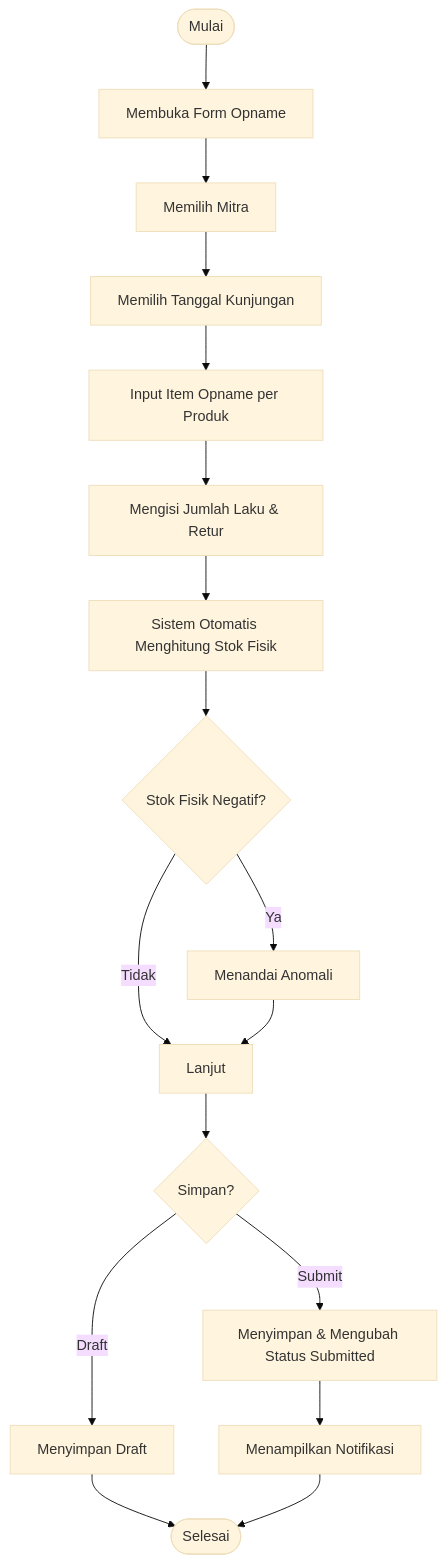
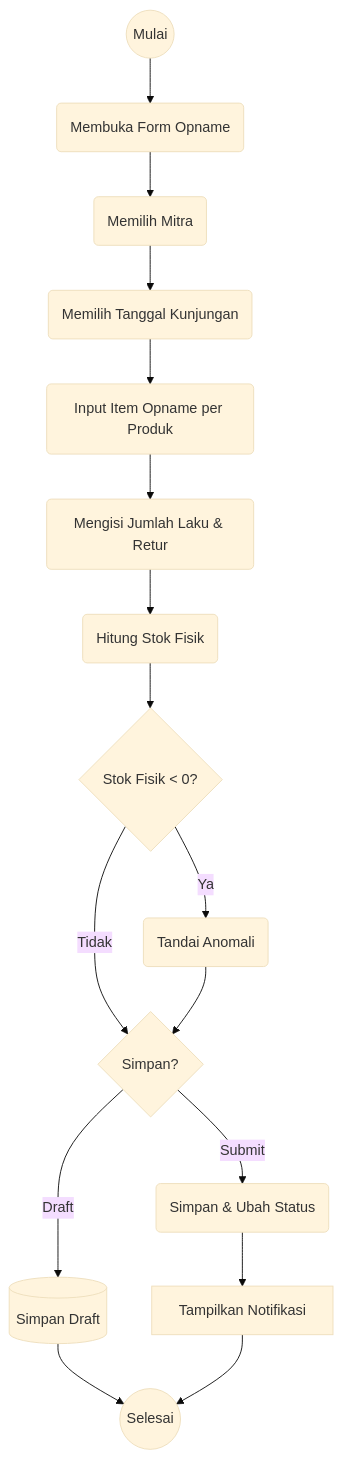
One commit to MuhamadAdhiWinata/Sistem-Informasi-Konsinyasi changed the sixth of 8 diagrams in diagram-mermaid.md. Above: the diagram before and after it, drawn with Mermaid (base theme). The commit also changed other lines of this file and 5 other files, not shown here.

````diff
--- a/diagram-mermaid.md
+++ b/diagram-mermaid.md
@@ -455,19 +476,19 @@
 ```mermaid
 flowchart TD
-    Start([Mulai]) --> A[Membuka Form Opname]
-    A --> B[Memilih Mitra]
-    B --> C[Memilih Tanggal Kunjungan]
-    C --> D[Input Item Opname per Produk]
-    D --> E[Mengisi Jumlah Laku & Retur]
-    E --> F[Sistem Otomatis Menghitung Stok Fisik]
-    F --> G{Stok Fisik Negatif?}
-    G -->|Ya| H[Menandai Anomali]
-    G -->|Tidak| I[Lanjut]
-    H --> I
-    I --> J{Simpan?}
-    J -->|Draft| K[Menyimpan Draft]
-    J -->|Submit| L[Menyimpan & Mengubah Status Submitted]
-    L --> M[Menampilkan Notifikasi]
-    K --> End([Selesai])
-    M --> End
+    Start((Mulai))
+    Start --> A1(Membuka Form Opname)
+    A1 --> A2(Memilih Mitra)
+    A2 --> A3(Memilih Tanggal Kunjungan)
+    A3 --> A4(Input Item Opname per Produk)
+    A4 --> A5(Mengisi Jumlah Laku & Retur)
+    A5 --> Sys1(Hitung Stok Fisik)
+    Sys1 --> D1{Stok Fisik < 0?}
+    D1 -->|Ya| A6(Tandai Anomali)
+    D1 -->|Tidak| D2{Simpan?}
+    A6 --> D2
+    D2 -->|Draft| E1[(Simpan Draft)]
+    D2 -->|Submit| A7(Simpan & Ubah Status)
+    A7 --> Notif1[Tampilkan Notifikasi]
+    E1 --> End((Selesai))
+    Notif1 --> End
 ```
````
